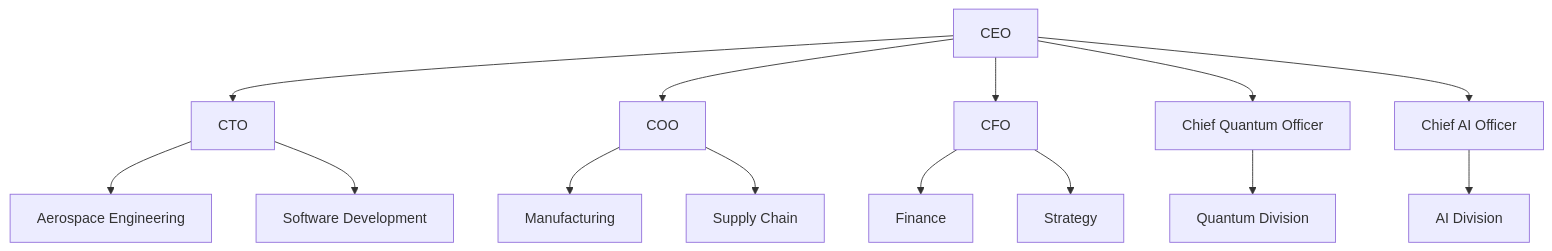
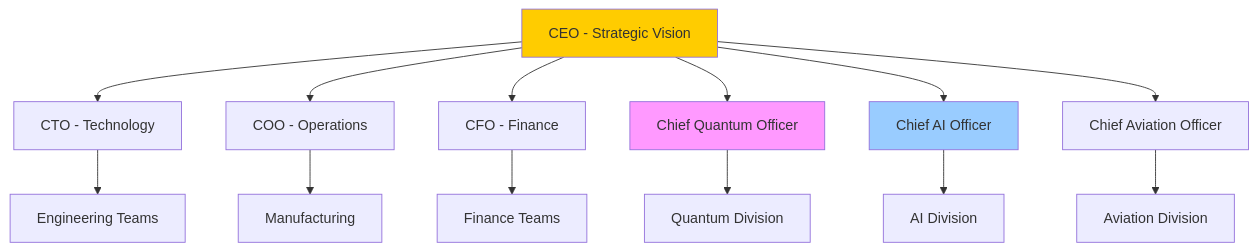
The sixth of 6 diagrams in README.md (Robbbo-T/A-Q-U-A_V), drawn with Mermaid before and after one commit. The commit also changed other lines of this file, not shown here.

````diff
--- a/README.md
+++ b/README.md
@@ -845,18 +621,22 @@
 ```mermaid
 graph TD
-    CEO[CEO]
-    CEO --> CTO[CTO]
-    CEO --> COO[COO]
-    CEO --> CFO[CFO]
+    CEO[CEO - Strategic Vision]
+    
+    CEO --> CTO[CTO - Technology]
+    CEO --> COO[COO - Operations]
+    CEO --> CFO[CFO - Finance]
     CEO --> CQO[Chief Quantum Officer]
     CEO --> CAIO[Chief AI Officer]
+    CEO --> CAO[Chief Aviation Officer]
     
-    CTO --> AERO[Aerospace Engineering]
-    CTO --> SOFT[Software Development]
+    CTO --> ENG[Engineering Teams]
+    COO --> MFG[Manufacturing]
+    CFO --> FIN[Finance Teams]
     CQO --> QUANTUM[Quantum Division]
     CAIO --> AI[AI Division]
-    COO --> MFG[Manufacturing]
-    COO --> SUPPLY[Supply Chain]
-    CFO --> FIN[Finance]
-    CFO --> STRATEGY[Strategy]
+    CAO --> AVIATION[Aviation Division]
+    
+    style CEO fill:#ffcc00
+    style CQO fill:#ff99ff
+    style CAIO fill:#99ccff
 ```
````
